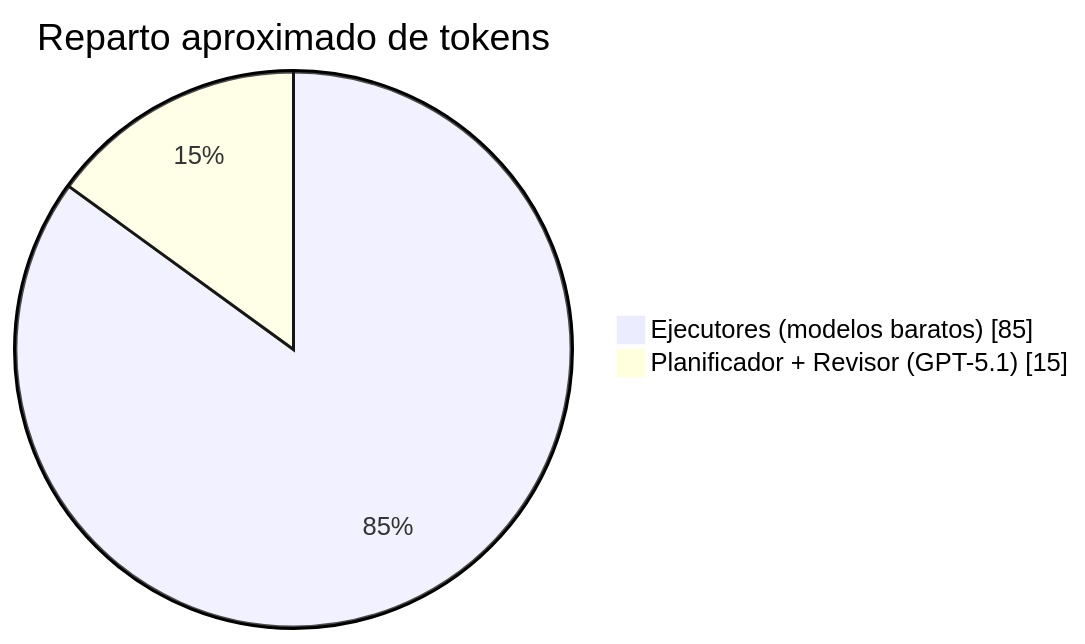
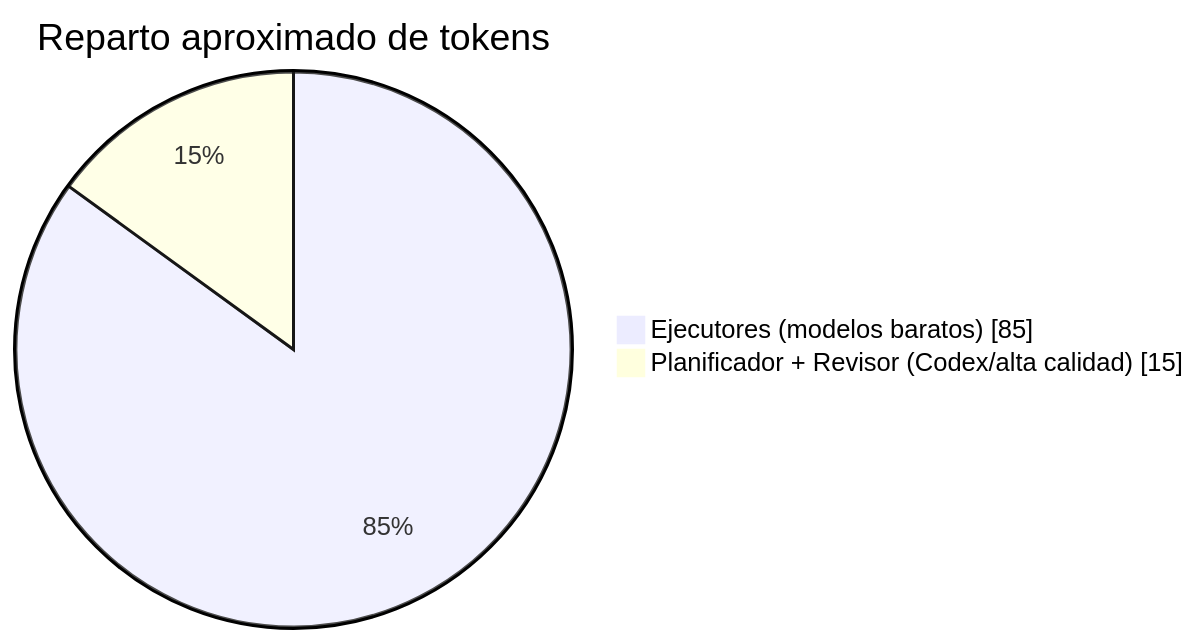
Before and after one commit to marksato13/self-hosted-ai-devops: the fourth of 4 diagrams in docs/arquitectura.md, drawn with Mermaid. The commit also changed other lines of this file and 5 other files, not shown here.

````diff
--- a/docs/arquitectura.md
+++ b/docs/arquitectura.md
@@ -181,6 +181,6 @@
 ```mermaid
 pie showData
     title Reparto aproximado de tokens
     "Ejecutores (modelos baratos)" : 85
-    "Planificador + Revisor (GPT-5.1)" : 15
+    "Planificador + Revisor (Codex/alta calidad)" : 15
 ```
````
